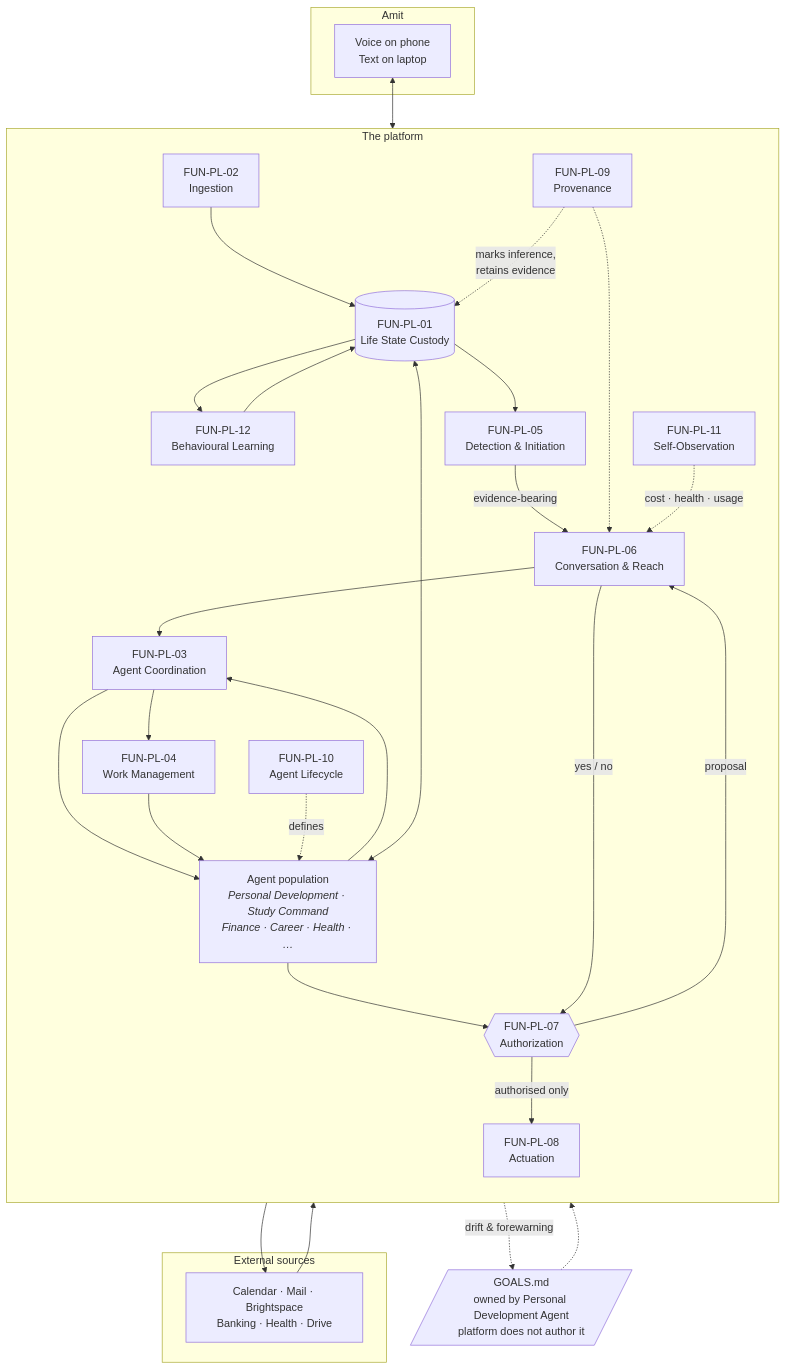
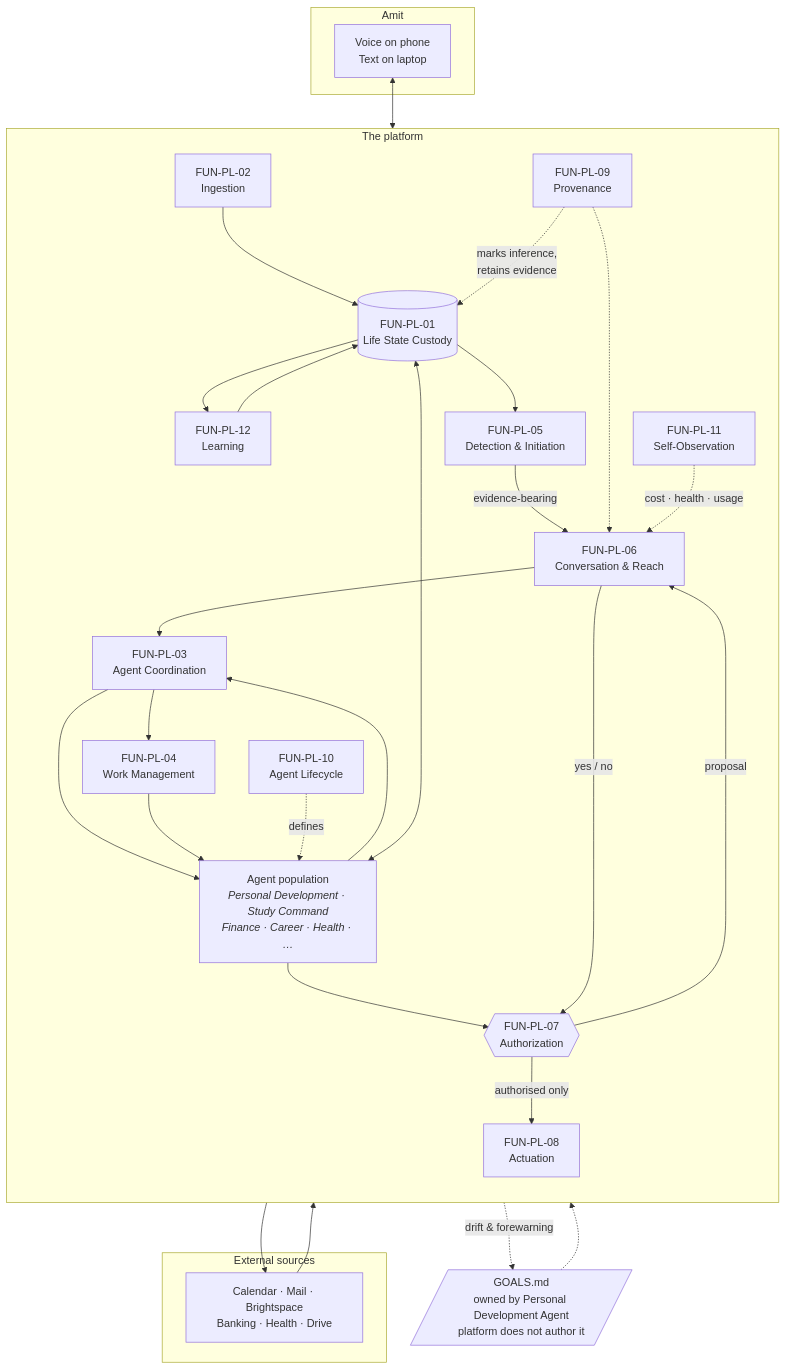
Before and after one commit to amit-wei/pendentive: the diagram in docs/functional_flow_diagram.md, drawn with Mermaid. The commit also changed 27 other files, not shown here.

````diff
--- a/docs/functional_flow_diagram.md
+++ b/docs/functional_flow_diagram.md
@@ -7,52 +7,52 @@
 ```mermaid
 flowchart TB
     subgraph EXT_IN[" External sources "]
         SRC["Calendar · Mail · Brightspace<br/>Banking · Health · Drive"]
     end
 
     subgraph AMIT[" Amit "]
         USER["Voice on phone<br/>Text on laptop"]
     end
 
     subgraph SYS[" The platform "]
         direction TB
         F2["FUN-PL-02<br/>Ingestion"]
         F1[("FUN-PL-01<br/>Life State Custody")]
-        F12["FUN-PL-12<br/>Behavioural Learning"]
+        F12["FUN-PL-12<br/>Learning"]
         F5["FUN-PL-05<br/>Detection &amp; Initiation"]
         F6["FUN-PL-06<br/>Conversation &amp; Reach"]
         F3["FUN-PL-03<br/>Agent Coordination"]
         F4["FUN-PL-04<br/>Work Management"]
         F7{{"FUN-PL-07<br/>Authorization"}}
         F8["FUN-PL-08<br/>Actuation"]
         F9["FUN-PL-09<br/>Provenance"]
         F10["FUN-PL-10<br/>Agent Lifecycle"]
         F11["FUN-PL-11<br/>Self-Observation"]
         AGENTS["Agent population<br/><i>Personal Development · Study Command<br/>Finance · Career · Health · …</i>"]
     end
 
     SRC --> F2 --> F1
     F1 --> F12 --> F1
     USER <--> F6
     F6 --> F3
     F3 --> AGENTS
     AGENTS --> F3
     AGENTS <--> F1
     F3 --> F4
     F4 --> AGENTS
     F1 --> F5
     F5 -->|"evidence-bearing"| F6
     AGENTS --> F7
     F7 -->|"proposal"| F6
     F6 -->|"yes / no"| F7
     F7 -->|"authorised only"| F8
     F8 --> SRC
     F9 -.->|"marks inference,<br/>retains evidence"| F1
     F9 -.-> F6
     F10 -.->|"defines"| AGENTS
     F11 -.->|"cost · health · usage"| F6
 
     GOALS[/"GOALS.md<br/>owned by Personal Development Agent<br/>platform does not author it"/]
     GOALS -.-> AGENTS
     F5 -.->|"drift &amp; forewarning"| GOALS
 ```
````
